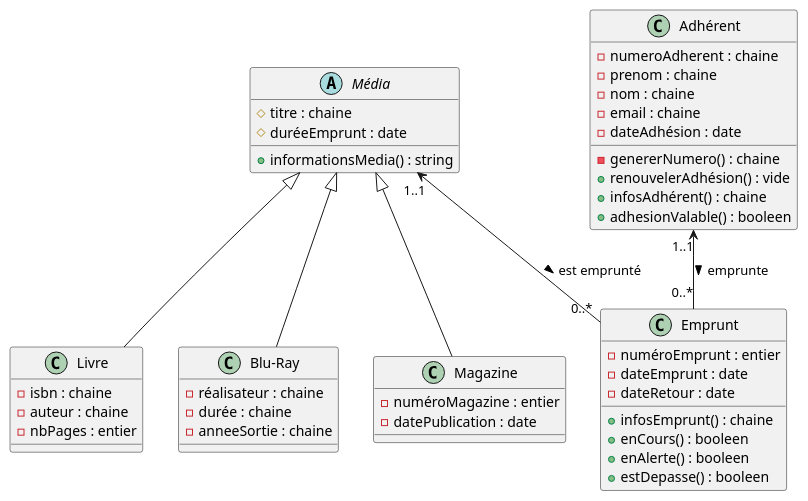
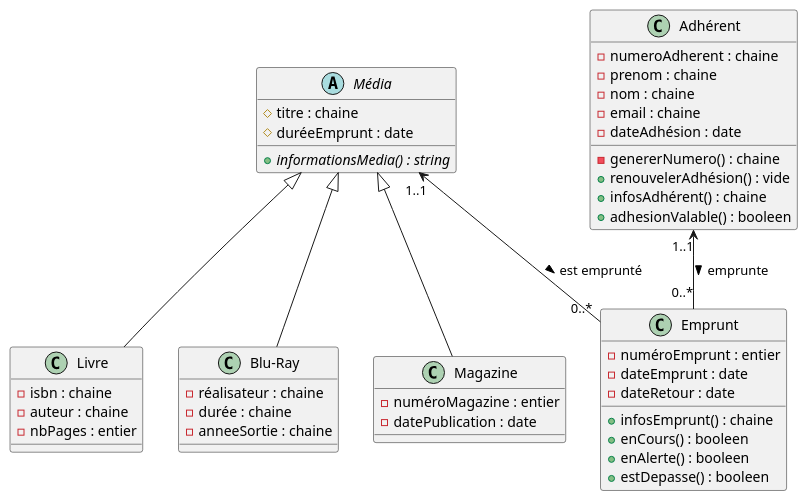
Before and after one commit to thogio8/php-bibliotheque: the diagram in documentation/diagrammeDeClasse.puml, drawn with PlantUML. The commit also changed 1 other file, not shown here.

```diff
--- a/documentation/diagrammeDeClasse.puml
+++ b/documentation/diagrammeDeClasse.puml
@@ -1,55 +1,55 @@
 @startuml
 
 abstract class "Média" as M{
     # titre : chaine
     # duréeEmprunt : date
-    + informationsMedia() : string
+    + {abstract} informationsMedia() : string
 }
 
 class "Livre" as L{
     - isbn : chaine
     - auteur : chaine
     - nbPages : entier
 }
 
 class "Blu-Ray" as BR{
     - réalisateur : chaine
     - durée : chaine
     - anneeSortie : chaine
 }
 
 class "Magazine" as Ma{
     - numéroMagazine : entier
     - datePublication : date
 }
 
 class "Adhérent" as A{
     - numeroAdherent : chaine
     - prenom : chaine
     - nom : chaine
     - email : chaine
     - dateAdhésion : date
     - genererNumero() : chaine
     + renouvelerAdhésion() : vide
     + infosAdhérent() : chaine
     + adhesionValable() : booleen
 }
 
 class "Emprunt" as E{
     - numéroEmprunt : entier
     - dateEmprunt : date
     - dateRetour : date
     + infosEmprunt() : chaine
     + enCours() : booleen
     + enAlerte() : booleen
     + estDepasse() : booleen
 }
 
 M <|-- L
 M <|-- BR
 M <|-- Ma
 M "1..1" <-- "              0..*"E : est emprunté >
 A "1..1" <-- "0..*"E : emprunte >
 
 
 @enduml
```
